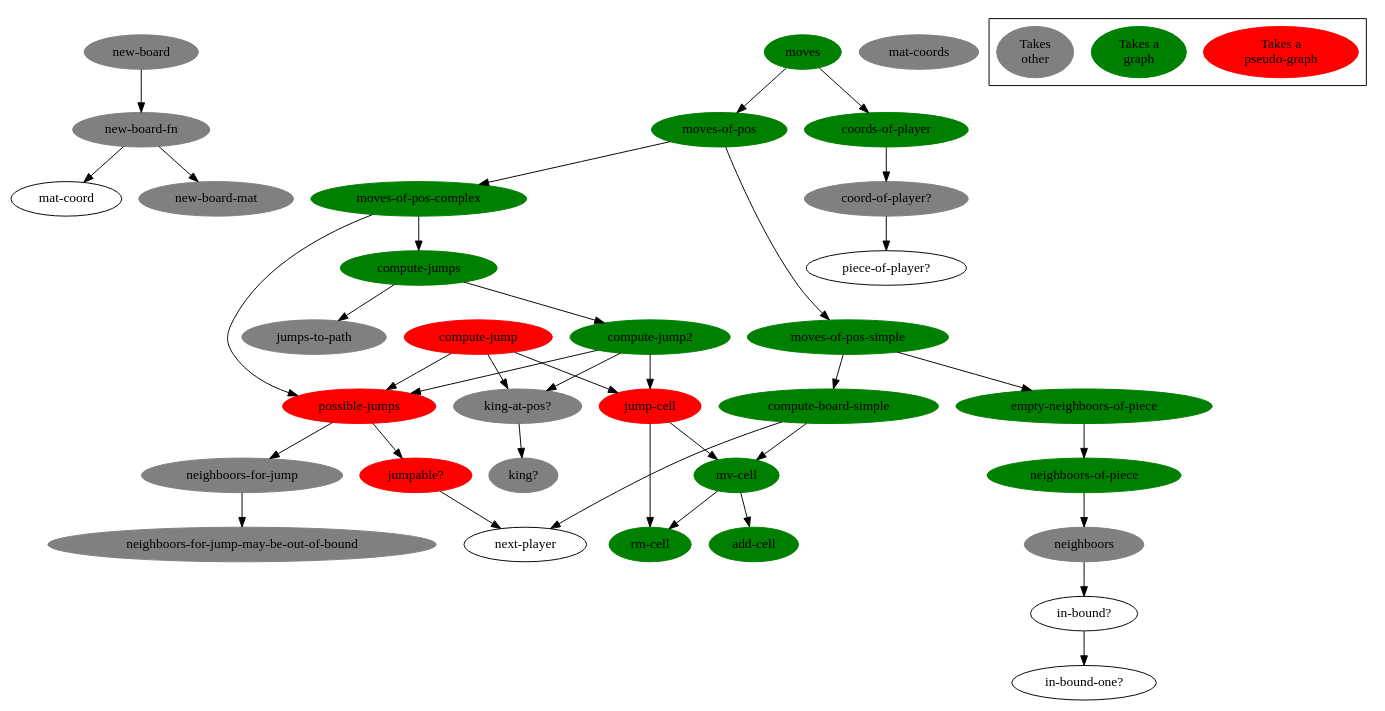
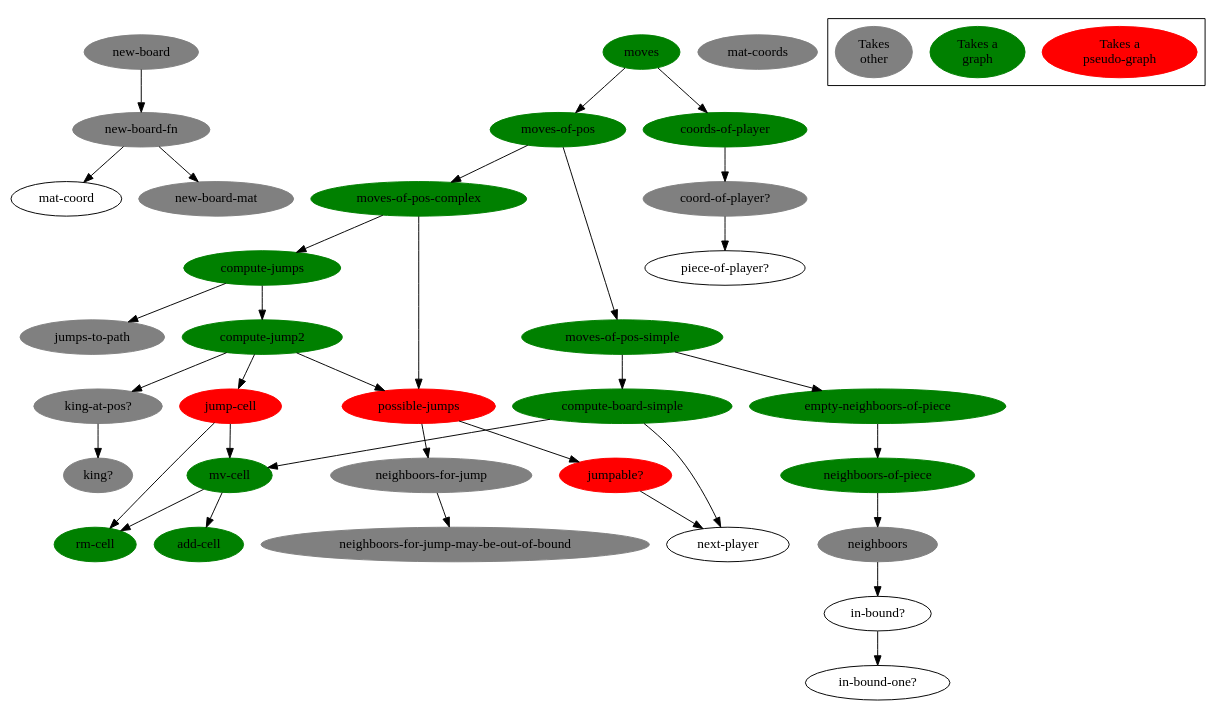
The diagram in doc/function-graph-detailled.dot (denlab/clojure-plays-checkers), drawn with Graphviz before and after one commit. The commit also changed 1 other file, not shown here.

Commit message:
refacto-in-progress: removed compute-jump

```diff
--- a/doc/function-graph-detailled.dot
+++ b/doc/function-graph-detailled.dot
@@ -1,119 +1,113 @@
 digraph funtions {
 
 /******************************************************************************
  *                         edges                                              *         
  ******************************************************************************/
 
         "new-board-fn" -> "mat-coord";
         "new-board-fn" -> "new-board-mat";
         
         "new-board" -> "new-board-fn";
 
         "in-bound?" -> "in-bound-one?";
 
         "neighboors" -> "in-bound?";
 
         "neighboors-of-piece" -> "neighboors";
 
         "empty-neighboors-of-piece" -> "neighboors-of-piece";
 
         "mv-cell" -> "rm-cell";
         "mv-cell" -> "add-cell";
 
         "compute-board-simple" -> "mv-cell";
         "compute-board-simple" -> "next-player";
 
         "moves-of-pos-simple" -> "compute-board-simple";
         "moves-of-pos-simple" ->  "empty-neighboors-of-piece";
         
         "neighboors-for-jump" -> "neighboors-for-jump-may-be-out-of-bound";
 
         "jumpable?" -> "next-player";
 
         "possible-jumps" -> "jumpable?";
         "possible-jumps" -> "neighboors-for-jump";
 
         "jump-cell" -> "rm-cell";
         "jump-cell" -> "mv-cell";
 
         "king-at-pos?" -> "king?";
 
-        "compute-jump" -> "jump-cell";
-        "compute-jump" -> "possible-jumps";
-        "compute-jump" -> "king-at-pos?";
-
         "compute-jump2" -> "jump-cell";
         "compute-jump2" -> "possible-jumps";
         "compute-jump2" -> "king-at-pos?";
 
         "compute-jumps" -> "compute-jump2";
         "compute-jumps" -> "jumps-to-path";
 
         "moves-of-pos-complex" -> "compute-jumps";
         "moves-of-pos-complex" -> "possible-jumps";
 
         "moves-of-pos" -> "moves-of-pos-simple";
         "moves-of-pos" -> "moves-of-pos-complex";
 
         "coord-of-player?" -> "piece-of-player?";
 
         "coords-of-player" -> "coord-of-player?";
 
         "moves" -> "moves-of-pos";
         "moves" -> "coords-of-player";
 
 /******************************************************************************
  *                         nodes                                              *         
  ******************************************************************************/
 
         "moves"[bgcolor=green color=green style=filled];
         "coords-of-player"[bgcolor=green color=green style=filled];
         "moves-of-pos"[bgcolor=green color=green style=filled];
         "moves-of-pos-complex"[bgcolor=green color=green style=filled];
         "moves-of-pos-simple"[bgcolor=green color=green style=filled];
         "compute-board-simple"[bgcolor=green color=green style=filled];
         "mv-cell"[bgcolor=green color=green style=filled];
         "add-cell"[bgcolor=green color=green style=filled];
         "rm-cell"[bgcolor=green color=green style=filled];
         "empty-neighboors-of-piece"[bgcolor=green color=green style=filled];
         "neighboors-of-piece"[bgcolor=green color=green style=filled];
-
-        "compute-jump"[bgcolor=red color=red style=filled];
 
         "compute-jump2"[bgcolor=green color=green style=filled];
 
         "jump-cell"[bgcolor=red color=red style=filled];
         "possible-jumps"[bgcolor=red color=red style=filled];
         "jumpable?"[bgcolor=red color=red style=filled];
 
         "coord-of-player?"[bgcolor=grey color=grey style=filled];
         "jumps-to-path"[bgcolor=grey color=grey style=filled];
         "king-at-pos?"[bgcolor=grey color=grey style=filled];
         "king?"[bgcolor=grey color=grey style=filled];
         "neighboors-for-jump"[bgcolor=grey color=grey style=filled];
         "neighboors-for-jump-may-be-out-of-bound"[bgcolor=grey color=grey style=filled];
         "neighboors"[bgcolor=grey color=grey style=filled];
         "new-board"[bgcolor=grey color=grey style=filled];
         "new-board-fn"[bgcolor=grey color=grey style=filled];
         "new-board-mat"[bgcolor=grey color=grey style=filled];
         "mat-coords"[bgcolor=grey color=grey style=filled];
 
 
         "compute-jumps"[bgcolor=green color=green style=filled];
 
 /******************************************************************************
  *                         legend                                             *         
  ******************************************************************************/
 
         "Takes a\npseudo-graph"[bgcolor=red color=red style=filled];
         "Takes a\ngraph"[bgcolor=green color=green style=filled];
 //        "Takes\nother"[bgcolor="#94003f" color="#94003f" style=filled];
         "Takes\nother"[bgcolor=grey color=grey style=filled];
 
         subgraph "cluster-legend" {
                 "Takes a\npseudo-graph";
                 "Takes a\ngraph";
                 "Takes\nother";
         }
 
 }
```
